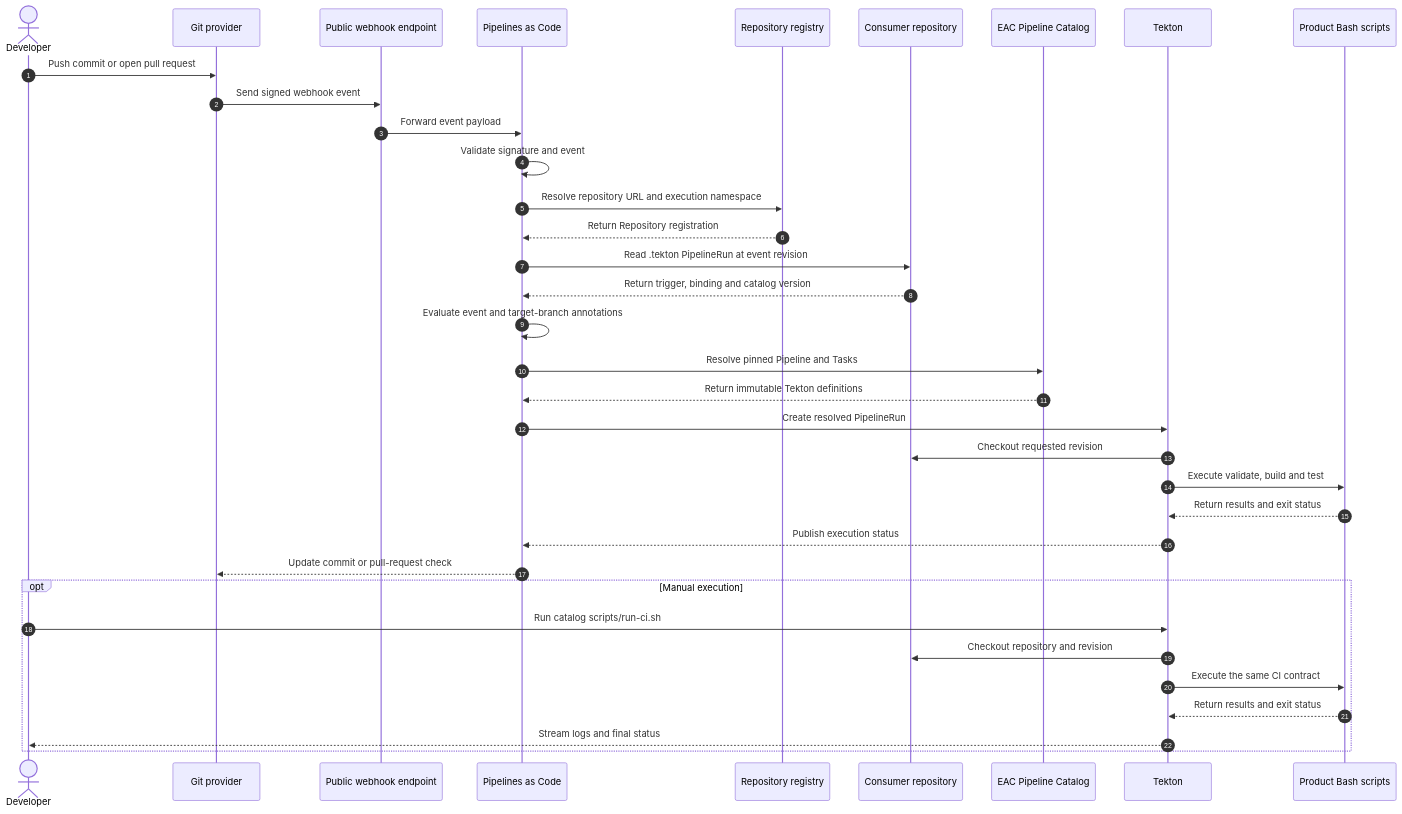
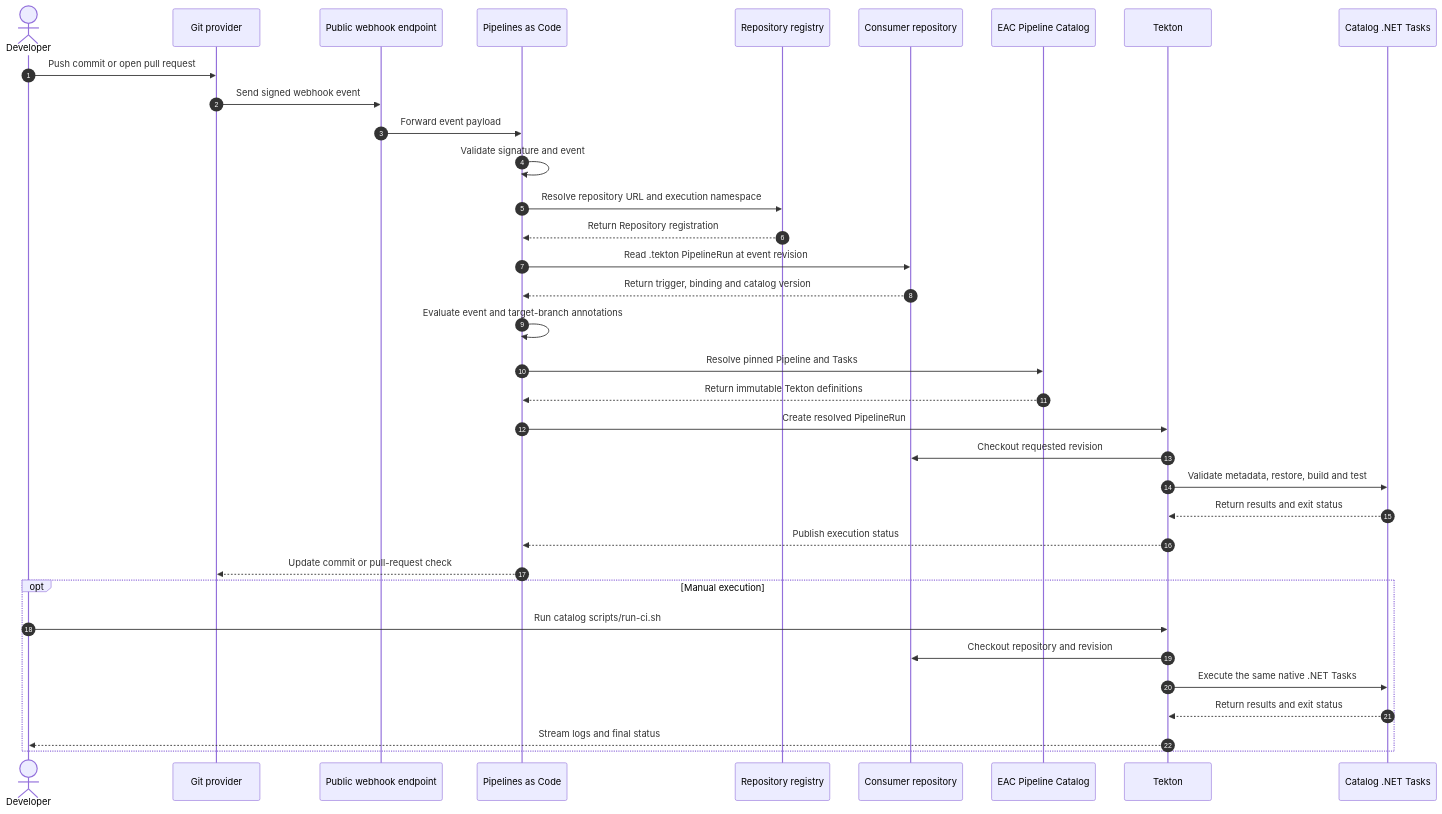
Before and after one commit to eac-architecture/eac-pipeline-catalog: the first of 4 diagrams in docs/architecture/EAC_PIPELINE_CATALOG.md, drawn with Mermaid. The commit also changed other lines of this file and 11 other files, not shown here.

Commit message:
refactor(nuget): execute native reusable tasks

````diff
--- a/docs/architecture/EAC_PIPELINE_CATALOG.md
+++ b/docs/architecture/EAC_PIPELINE_CATALOG.md
@@ -33,39 +33,39 @@
 ```mermaid
 sequenceDiagram
     autonumber
     actor DEV as Developer
     participant GIT as Git provider
     participant ENDPOINT as Public webhook endpoint
     participant PAC as Pipelines as Code
     participant REGISTRY as Repository registry
     participant REPO as Consumer repository
     participant CATALOG as EAC Pipeline Catalog
     participant TEKTON as Tekton
-    participant SCRIPTS as Product Bash scripts
+    participant SDK as Catalog .NET Tasks
 
     DEV->>GIT: Push commit or open pull request
     GIT->>ENDPOINT: Send signed webhook event
     ENDPOINT->>PAC: Forward event payload
     PAC->>PAC: Validate signature and event
     PAC->>REGISTRY: Resolve repository URL and execution namespace
     REGISTRY-->>PAC: Return Repository registration
     PAC->>REPO: Read .tekton PipelineRun at event revision
     REPO-->>PAC: Return trigger, binding and catalog version
     PAC->>PAC: Evaluate event and target-branch annotations
     PAC->>CATALOG: Resolve pinned Pipeline and Tasks
     CATALOG-->>PAC: Return immutable Tekton definitions
     PAC->>TEKTON: Create resolved PipelineRun
     TEKTON->>REPO: Checkout requested revision
-    TEKTON->>SCRIPTS: Execute validate, build and test
-    SCRIPTS-->>TEKTON: Return results and exit status
+    TEKTON->>SDK: Validate metadata, restore, build and test
+    SDK-->>TEKTON: Return results and exit status
     TEKTON-->>PAC: Publish execution status
     PAC-->>GIT: Update commit or pull-request check
 
     opt Manual execution
         DEV->>TEKTON: Run catalog scripts/run-ci.sh
         TEKTON->>REPO: Checkout repository and revision
-        TEKTON->>SCRIPTS: Execute the same CI contract
-        SCRIPTS-->>TEKTON: Return results and exit status
+        TEKTON->>SDK: Execute the same native .NET Tasks
+        SDK-->>TEKTON: Return results and exit status
         TEKTON-->>DEV: Stream logs and final status
     end
 ```
````
